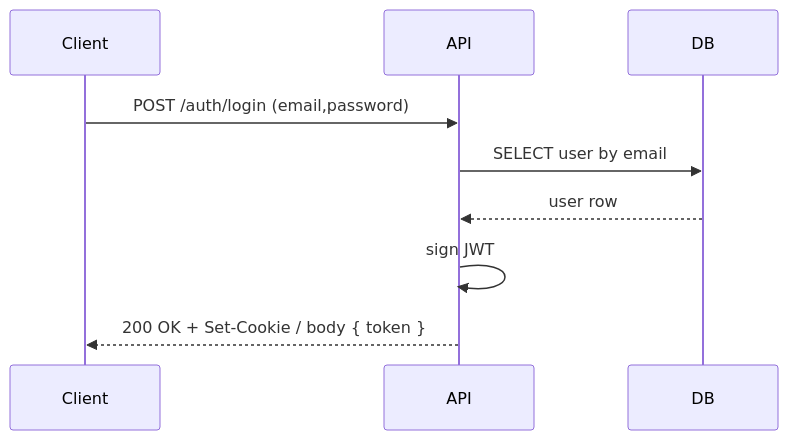
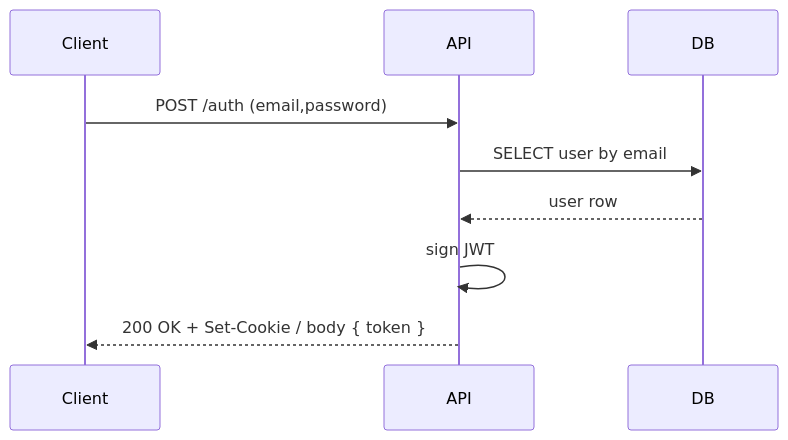
The diagram in README.md (kovarike/node-fastify), drawn with Mermaid before and after one commit. The commit also changed other lines of this file and 1 other file, not shown here.

````diff
--- a/README.md
+++ b/README.md
@@ -255,11 +253,11 @@
 ```mermaid
 sequenceDiagram
   participant Client
   participant API
   participant DB
-  Client->>API: POST /auth/login (email,password)
+  Client->>API: POST /auth (email,password)
   API->>DB: SELECT user by email
   DB-->>API: user row
   API->>API: sign JWT
   API-->>Client: 200 OK + Set-Cookie / body { token }
 ```
````
